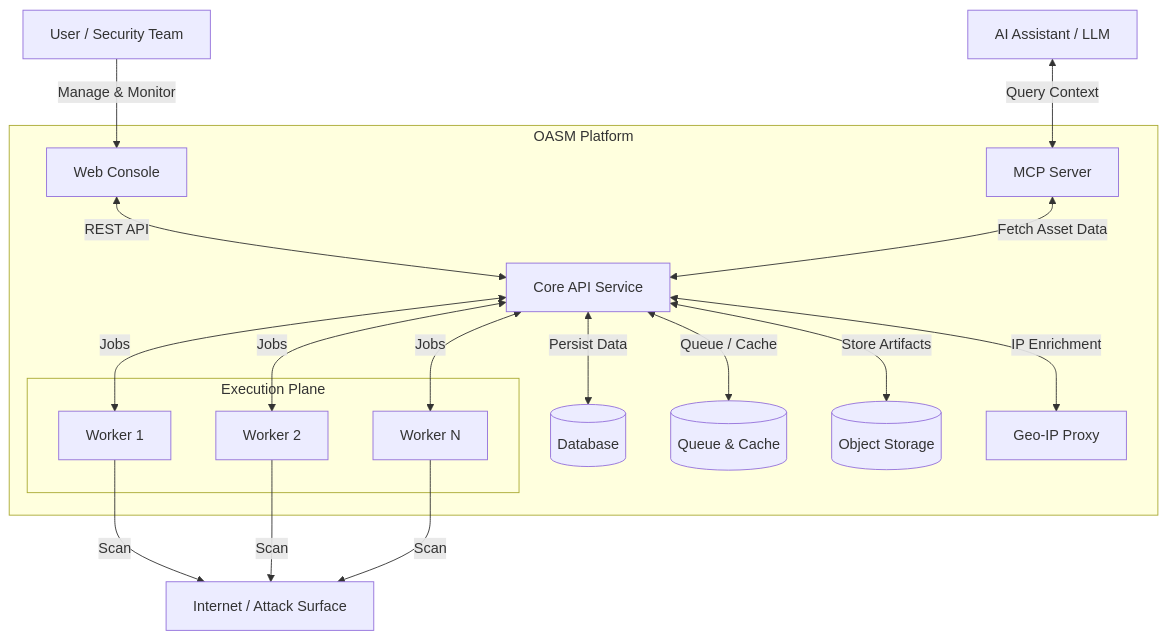
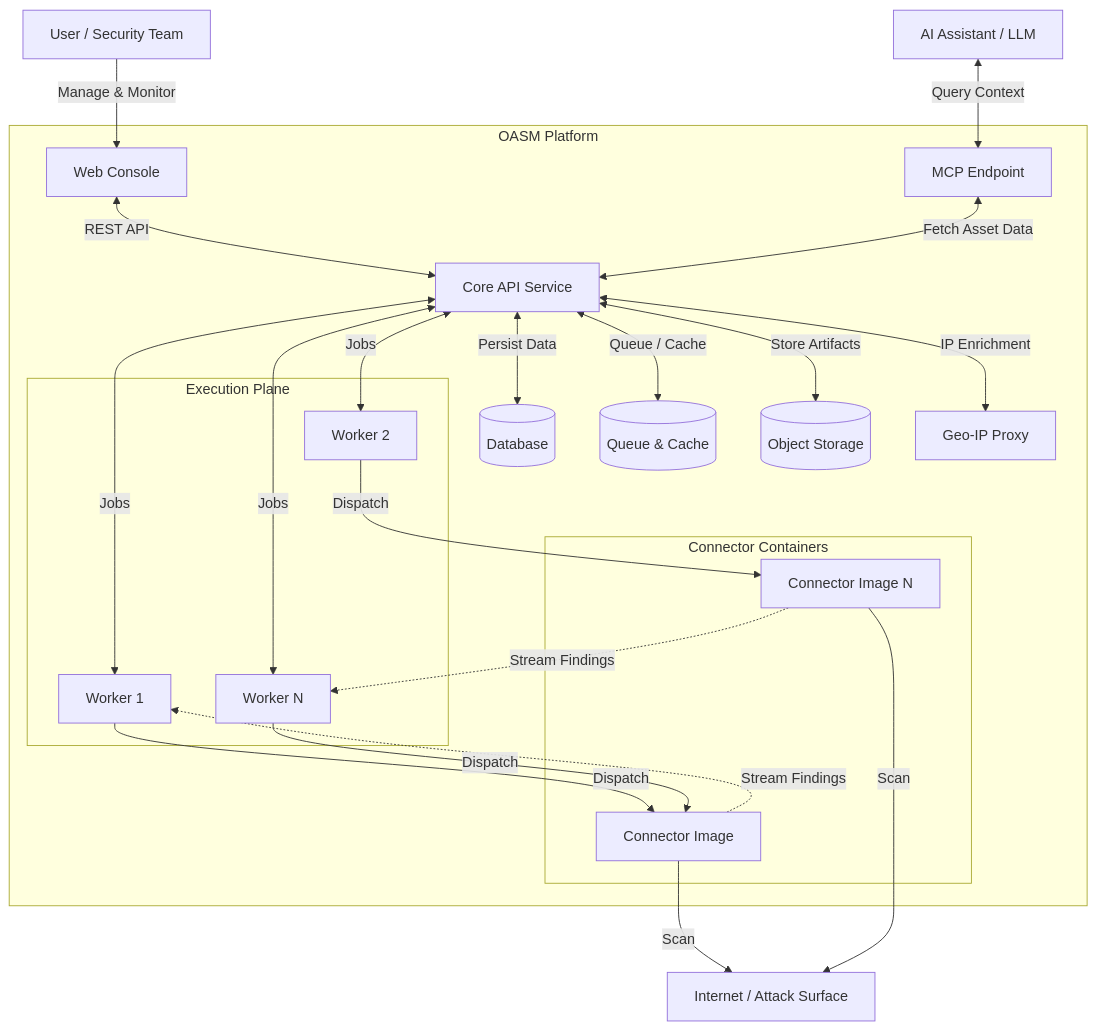
One commit to oasm-platform/open-asm changed the first of 2 diagrams in README.md. Above: the diagram before and after it, drawn with Mermaid. The commit also changed other lines of this file and 4 other files, not shown here.

````diff
--- a/README.md
+++ b/README.md
@@ -59,47 +59,56 @@
 ```mermaid
 graph TD
     %% Actors & External
     User[User / Security Team]
     AI[AI Assistant / LLM]
     Internet[Internet / Attack Surface]
 
     %% Core Components
     subgraph "OASM Platform"
         Console[Web Console]
         API[Core API Service]
         DB[(Database)]
         Queue[(Queue & Cache)]
-        MCP[MCP Server]
+        MCP[MCP Endpoint]
         Storage[(Object Storage)]
         GeoIP[Geo-IP Proxy]
 
         subgraph "Execution Plane"
             W1[Worker 1]
             W2[Worker 2]
             WN[Worker N]
+        end
+
+        subgraph "Connector Containers"
+            C1[Connector Image]
+            CN[Connector Image N]
         end
     end
 
     %% Relationships
     User -->|Manage & Monitor| Console
     Console <-->|REST API| API
 
     API <-->|Persist Data| DB
     API <-->|Queue / Cache| Queue
     API <-->|Store Artifacts| Storage
     API <-->|IP Enrichment| GeoIP
 
     %% Job Flow
     API <-->|Jobs| W1
     API <-->|Jobs| W2
     API <-->|Jobs| WN
 
-    %% Scan
-    W1 -->|Scan| Internet
-    W2 -->|Scan| Internet
-    WN -->|Scan| Internet
+    %% Scan — workers dispatch jobs to connector containers they spawn
+    W1 -->|Dispatch| C1
+    W2 -->|Dispatch| CN
+    WN -->|Dispatch| C1
+    C1 -->|Scan| Internet
+    CN -->|Scan| Internet
+    C1 -.->|Stream Findings| W1
+    CN -.->|Stream Findings| WN
 
     %% AI Flow
     AI <-->|Query Context| MCP
     MCP <-->|Fetch Asset Data| API
 ```
````
